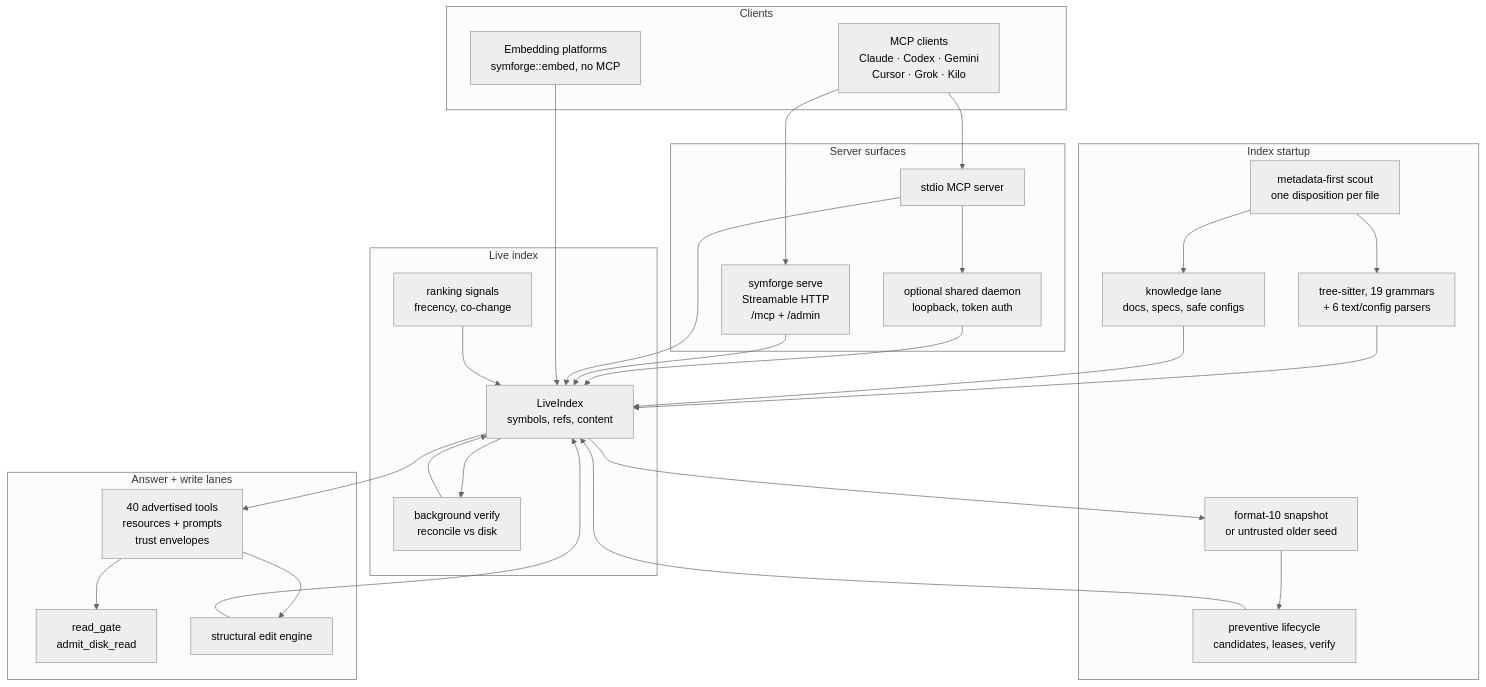
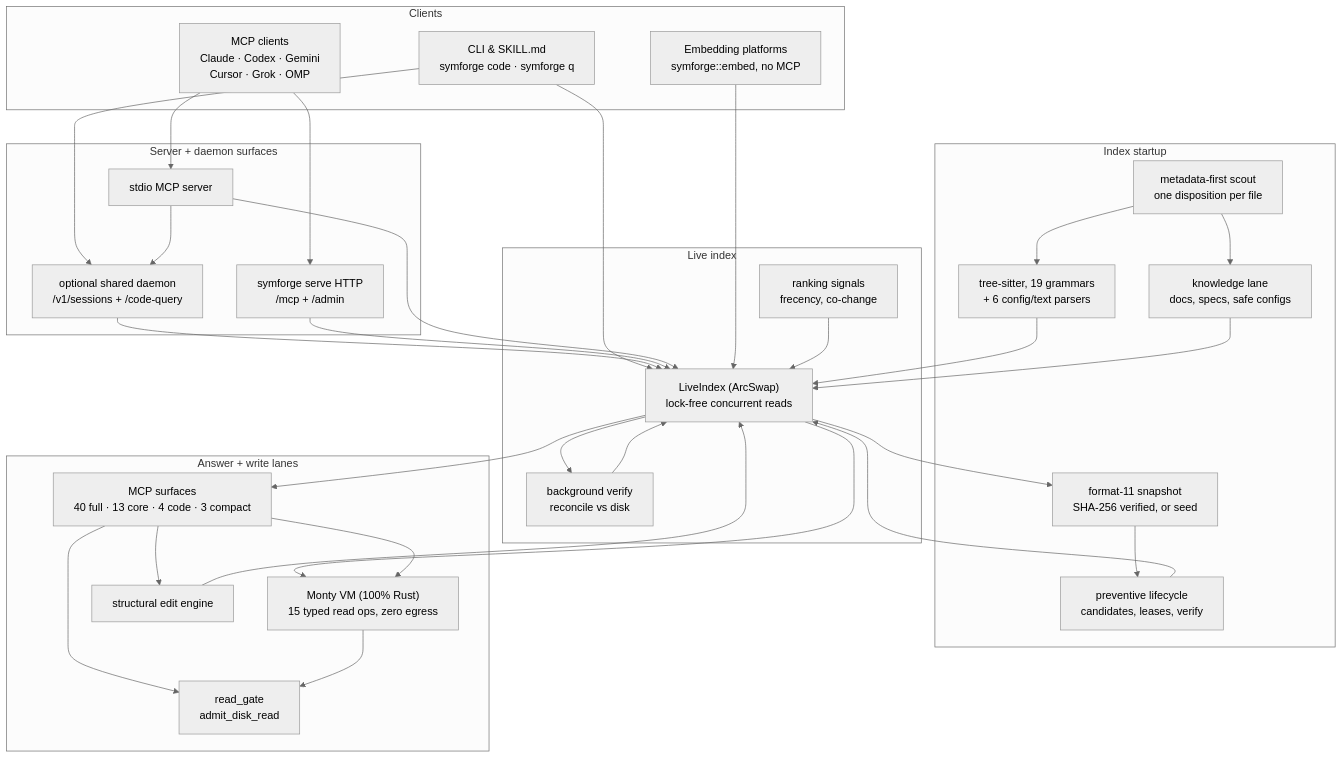
The first of 7 diagrams in README.md (special-place-ai-heaven/symforge), drawn with Mermaid (neutral theme) before and after one commit. The commit also changed other lines of this file and 10 other files, not shown here.

First line of the commit message:
docs(readme): rewrite README.md for SymForge 12.0.0 and Code Mode (#935)

````diff
--- a/README.md
+++ b/README.md
@@ -44,57 +57,64 @@
 ```mermaid
 %%{init: {"flowchart": {"htmlLabels": false, "wrappingWidth": 400}}}%%
 flowchart TD
-    accTitle: SymForge architecture
-    accDescr: MCP clients reach the server over stdio or HTTP, embedders call the engine in-process. Startup restores a current-format snapshot or treats an older file as an untrusted seed, then the preventive lifecycle and admission scout feed the live index, which backs the tool, read-gate, and edit lanes.
+    accTitle: SymForge 12.0.0 architecture
+    accDescr: MCP clients, shell-skill agents, and Rust embedders query one LiveIndex backed by ArcSwap lock-free reads. Startup restores a SHA-256-verified format-11 snapshot or treats older formats as untrusted seeds, while MCP surfaces, the pure-Rust Monty bytecode VM, admit_disk_read, and the structural edit engine share the live index.
 
     subgraph Clients["Clients"]
-        MCP["MCP clients\nClaude · Codex · Gemini\nCursor · Grok · Kilo"]
+        MCP["MCP clients\nClaude · Codex · Gemini\nCursor · Grok · OMP"]
+        CLI["CLI & SKILL.md\nsymforge code · symforge q"]
         LIB["Embedding platforms\nsymforge::embed, no MCP"]
     end
 
-    subgraph Surfaces["Server surfaces"]
+    subgraph Surfaces["Server + daemon surfaces"]
         STDIO["stdio MCP server"]
-        HTTP["symforge serve\nStreamable HTTP\n/mcp + /admin"]
-        DAEMON["optional shared daemon\nloopback, token auth"]
+        HTTP["symforge serve HTTP\n/mcp + /admin"]
+        DAEMON["optional shared daemon\n/v1/sessions + /code-query"]
     end
 
     subgraph Startup["Index startup"]
-        SNAP["format-10 snapshot\nor untrusted older seed"]
+        SNAP["format-11 snapshot\nSHA-256 verified, or seed"]
         SCOUT["metadata-first scout\none disposition per file"]
-        PARSE["tree-sitter, 19 grammars\n+ 6 text/config parsers"]
+        PARSE["tree-sitter, 19 grammars\n+ 6 config/text parsers"]
         KNOW["knowledge lane\ndocs, specs, safe configs"]
         LIFE["preventive lifecycle\ncandidates, leases, verify"]
     end
 
     subgraph Core["Live index"]
-        IDX["LiveIndex\nsymbols, refs, content"]
+        IDX["LiveIndex (ArcSwap)\nlock-free concurrent reads"]
         SIG["ranking signals\nfrecency, co-change"]
         VERIFY["background verify\nreconcile vs disk"]
     end
 
     subgraph Lanes["Answer + write lanes"]
-        TOOLS["40 advertised tools\nresources + prompts\ntrust envelopes"]
+        SURF["MCP surfaces\n40 full · 13 core · 4 code · 3 compact"]
+        SANDBOX["Monty VM (100% Rust)\n15 typed read ops, zero egress"]
         GATE["read_gate\nadmit_disk_read"]
         EDITS["structural edit engine"]
     end
 
     MCP --> STDIO
     MCP --> HTTP
+    CLI --> DAEMON
+    CLI --> IDX
     STDIO --> DAEMON
     DAEMON --> IDX
     HTTP --> IDX
     STDIO --> IDX
     LIB --> IDX
 
     SNAP --> LIFE --> IDX
     SCOUT --> PARSE --> IDX
     SCOUT --> KNOW --> IDX
     SIG --> IDX
     IDX --> VERIFY --> IDX
     IDX --> SNAP
 
-    IDX --> TOOLS
-    TOOLS --> GATE
-    TOOLS --> EDITS
+    IDX --> SURF
+    IDX --> SANDBOX
+    SURF --> SANDBOX
+    SURF --> GATE
+    SANDBOX --> GATE
+    SURF --> EDITS
     EDITS --> IDX
 ```
````
